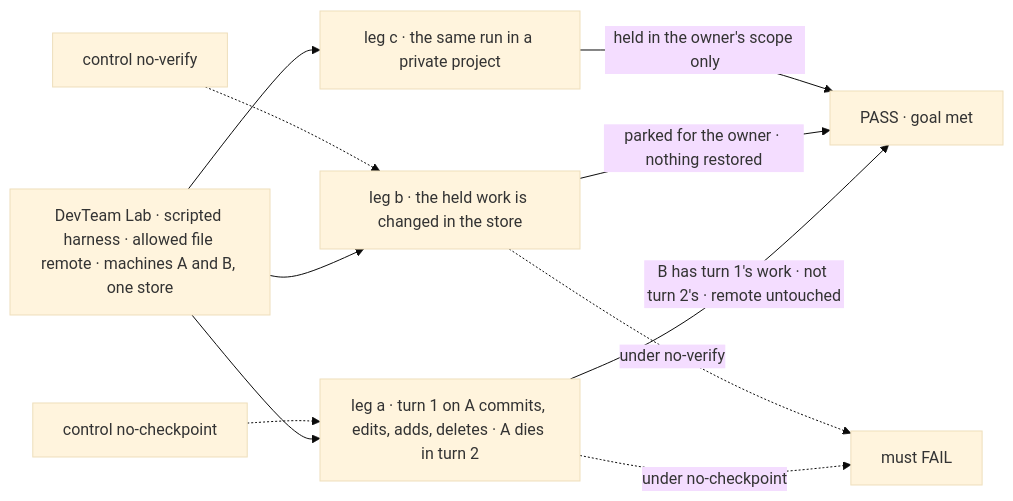
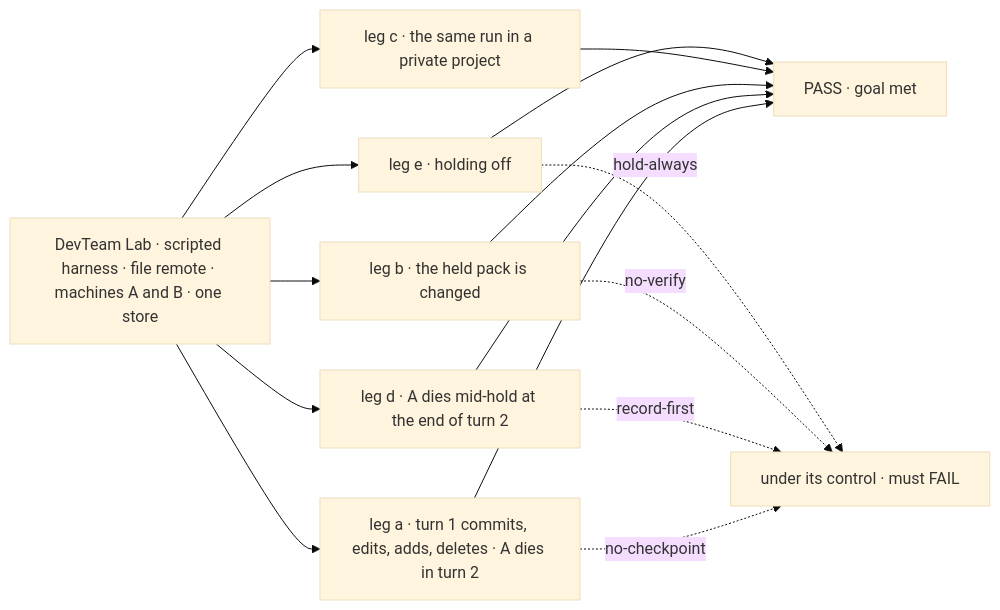
The first of 2 diagrams in specs/issues/FIX-1766/SPEC.md (fixpoint-labs/flow-state-dev), drawn with Mermaid (base theme) before and after one commit. The commit also changed other lines of this file and 9 other files, not shown here.

````diff
--- a/specs/issues/FIX-1766/SPEC.md
+++ b/specs/issues/FIX-1766/SPEC.md
@@ -29,13 +32,14 @@
 ```mermaid
 flowchart LR
-  A["DevTeam Lab · scripted harness · allowed file remote · machines A and B, one store"] --> L1["leg a · turn 1 on A commits, edits, adds, deletes · A dies in turn 2"]
-  A --> L2["leg b · the held work is changed in the store"]
-  A --> L3["leg c · the same run in a private project"]
-  L1 -->|"B has turn 1's work · not turn 2's · remote untouched"| P["PASS · goal met"]
-  L2 -->|"parked for the owner · nothing restored"| P
-  L3 -->|"held in the owner's scope only"| P
-  C1["control no-checkpoint"] -.-> L1
-  C2["control no-verify"] -.-> L2
-  L1 -.->|"under no-checkpoint"| F["must FAIL"]
-  L2 -.->|"under no-verify"| F
+  A["DevTeam Lab · scripted harness · file remote · machines A and B · one store"] --> La["leg a · turn 1 commits, edits, adds, deletes · A dies in turn 2"]
+  A --> Ld["leg d · A dies mid-hold at the end of turn 2"]
+  A --> Lb["leg b · the held pack is changed"]
+  A --> Lc["leg c · the same run in a private project"]
+  A --> Le["leg e · holding off"]
+  La & Ld & Lb & Lc & Le --> P["PASS · goal met"]
+  F["under its control · must FAIL"]
+  La -.->|"no-checkpoint"| F
+  Ld -.->|"record-first"| F
+  Lb -.->|"no-verify"| F
+  Le -.->|"hold-always"| F
 ```
````
